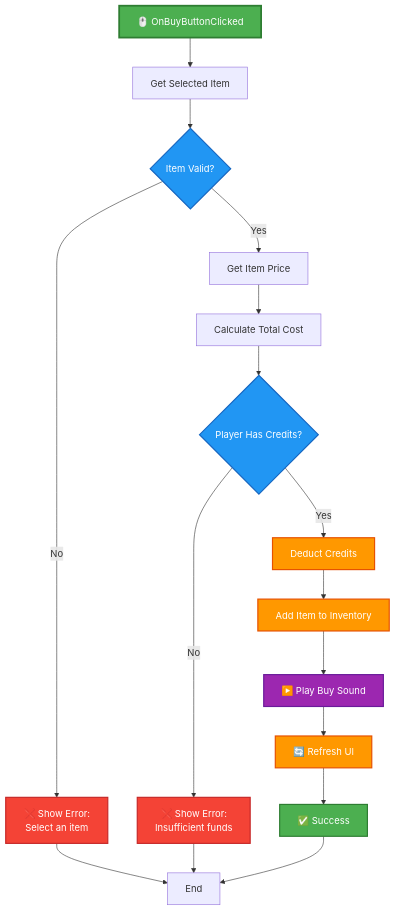
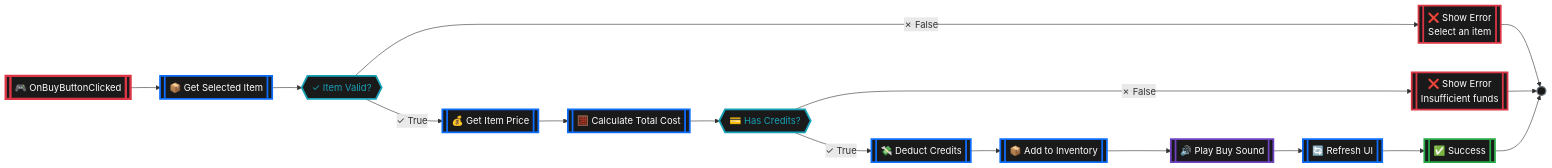
The second of 9 diagrams in BLUEPRINT_DISPLAY_GUIDE.md (Mittenzx/Adastrea), drawn with Mermaid before and after one commit. The commit also changed other lines of this file and 2 other files, not shown here.

First line of the commit message:
Update Mermaid diagrams with Unreal Engine node styling

````diff
--- a/BLUEPRINT_DISPLAY_GUIDE.md
+++ b/BLUEPRINT_DISPLAY_GUIDE.md
@@ -92,29 +92,33 @@
 ```mermaid
-graph TD
-    A[🖱️ OnBuyButtonClicked] --> B[Get Selected Item]
-    B --> C{Item Valid?}
-    C -->|No| D[❌ Show Error:<br/>Select an item]
-    C -->|Yes| E[Get Item Price]
-    E --> F[Calculate Total Cost]
-    F --> G{Player Has Credits?}
-    G -->|No| H[❌ Show Error:<br/>Insufficient funds]
-    G -->|Yes| I[Deduct Credits]
-    I --> J[Add Item to Inventory]
-    J --> K[▶️ Play Buy Sound]
-    K --> L[🔄 Refresh UI]
-    L --> M[✅ Success]
-    D --> N[End]
+graph LR
+    A[["🎮 OnBuyButtonClicked"]] --> B[["📦 Get Selected Item"]]
+    B --> C{{"✓ Item Valid?"}}
+    C -->|"✗ False"| D[["❌ Show Error<br/>Select an item"]]
+    C -->|"✓ True"| E[["💰 Get Item Price"]]
+    E --> F[["🧮 Calculate Total Cost"]]
+    F --> G{{"💳 Has Credits?"}}
+    G -->|"✗ False"| H[["❌ Show Error<br/>Insufficient funds"]]
+    G -->|"✓ True"| I[["💸 Deduct Credits"]]
+    I --> J[["📦 Add to Inventory"]]
+    J --> K[["🔊 Play Buy Sound"]]
+    K --> L[["🔄 Refresh UI"]]
+    L --> M[["✅ Success"]]
+    D --> N(( ))
     H --> N
     M --> N
     
-    style A fill:#4CAF50,stroke:#2E7D32,stroke-width:3px,color:#fff
-    style C fill:#2196F3,stroke:#1565C0,stroke-width:2px,color:#fff
-    style G fill:#2196F3,stroke:#1565C0,stroke-width:2px,color:#fff
-    style D fill:#F44336,stroke:#C62828,stroke-width:2px,color:#fff
-    style H fill:#F44336,stroke:#C62828,stroke-width:2px,color:#fff
-    style M fill:#4CAF50,stroke:#2E7D32,stroke-width:2px,color:#fff
-    style I fill:#FF9800,stroke:#E65100,stroke-width:2px,color:#fff
-    style J fill:#FF9800,stroke:#E65100,stroke-width:2px,color:#fff
-    style K fill:#9C27B0,stroke:#6A1B9A,stroke-width:2px,color:#fff
-    style L fill:#FF9800,stroke:#E65100,stroke-width:2px,color:#fff
+    style A fill:#1a1a1a,stroke:#DC3545,stroke-width:4px,color:#fff,rx:10,ry:10
+    style B fill:#1a1a1a,stroke:#0d6efd,stroke-width:3px,color:#fff,rx:10,ry:10
+    style C fill:#1a1a1a,stroke:#17a2b8,stroke-width:3px,color:#17a2b8
+    style D fill:#1a1a1a,stroke:#DC3545,stroke-width:3px,color:#fff,rx:10,ry:10
+    style E fill:#1a1a1a,stroke:#0d6efd,stroke-width:3px,color:#fff,rx:10,ry:10
+    style F fill:#1a1a1a,stroke:#0d6efd,stroke-width:3px,color:#fff,rx:10,ry:10
+    style G fill:#1a1a1a,stroke:#17a2b8,stroke-width:3px,color:#17a2b8
+    style H fill:#1a1a1a,stroke:#DC3545,stroke-width:3px,color:#fff,rx:10,ry:10
+    style I fill:#1a1a1a,stroke:#0d6efd,stroke-width:3px,color:#fff,rx:10,ry:10
+    style J fill:#1a1a1a,stroke:#0d6efd,stroke-width:3px,color:#fff,rx:10,ry:10
+    style K fill:#1a1a1a,stroke:#6f42c1,stroke-width:3px,color:#fff,rx:10,ry:10
+    style L fill:#1a1a1a,stroke:#0d6efd,stroke-width:3px,color:#fff,rx:10,ry:10
+    style M fill:#1a1a1a,stroke:#28a745,stroke-width:3px,color:#fff,rx:10,ry:10
+    style N fill:#1a1a1a,stroke:#6c757d,stroke-width:2px,color:#fff
 ```
````
